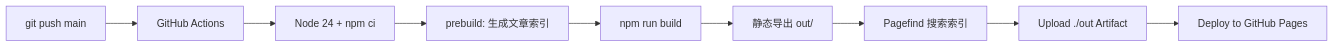
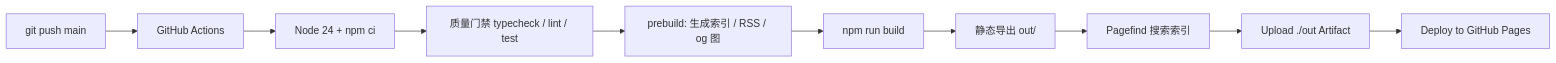
Before and after one commit to SanshuiBot/sanshui-blog: the diagram in README.md, drawn with Mermaid. The commit also changed other lines of this file and 3 other files, not shown here.

````diff
--- a/README.md
+++ b/README.md
@@ -350,11 +359,12 @@
 ```mermaid
 graph LR
   A["git push main"] --> B["GitHub Actions"]
   B --> C["Node 24 + npm ci"]
-  C --> D["prebuild: 生成文章索引"]
+  C --> C1["质量门禁 typecheck / lint / test"]
+  C1 --> D["prebuild: 生成索引 / RSS / og 图"]
   D --> E["npm run build"]
   E --> F["静态导出 out/"]
   F --> G["Pagefind 搜索索引"]
   G --> H["Upload ./out Artifact"]
   H --> I["Deploy to GitHub Pages"]
 ```
````
